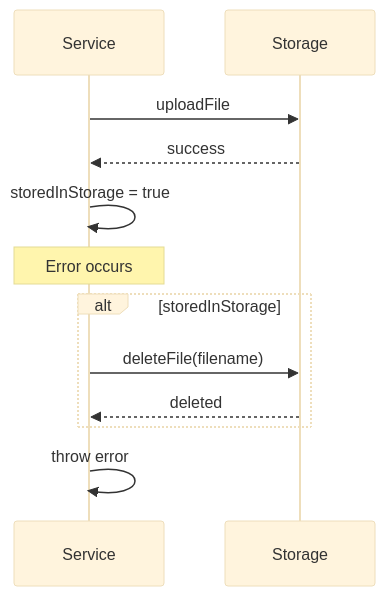
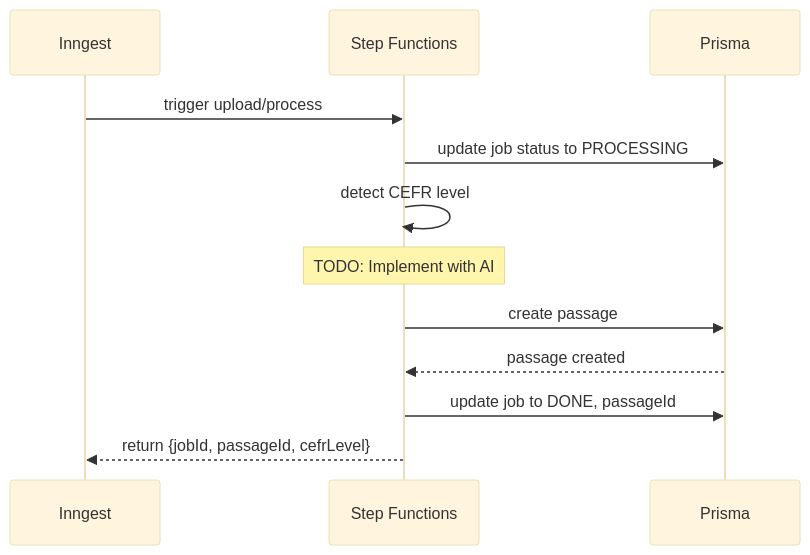
Before and after one commit to BoneTheDeveloper/ReadingPro: the third of 4 diagrams in docs/Data-flow/upload-flow.md, drawn with Mermaid (base theme). The commit also changed other lines of this file and 15 other files, not shown here.

````diff
--- a/docs/Data-flow/upload-flow.md
+++ b/docs/Data-flow/upload-flow.md
@@ -115,18 +78,18 @@
 ```mermaid
 sequenceDiagram
-    participant W as Service
-    participant S as Storage
+    participant I as Inngest
+    participant S as Step Functions
+    participant P as Prisma
 
-    W->>S: uploadFile
-    S-->>W: success
-    W->>W: storedInStorage = true
-
-    Note over W: Error occurs
-
-    alt storedInStorage
-        W->>S: deleteFile(filename)
-        S-->>W: deleted
-    end
-
-    W->>W: throw error
+    I->>S: trigger upload/process
+    S->>P: update job status to PROCESSING
+    
+    S->>S: detect CEFR level
+    Note over S: TODO: Implement with AI
+    
+    S->>P: create passage
+    P-->>S: passage created
+    
+    S->>P: update job to DONE, passageId
+    S-->>I: return {jobId, passageId, cefrLevel}
 ```
````
